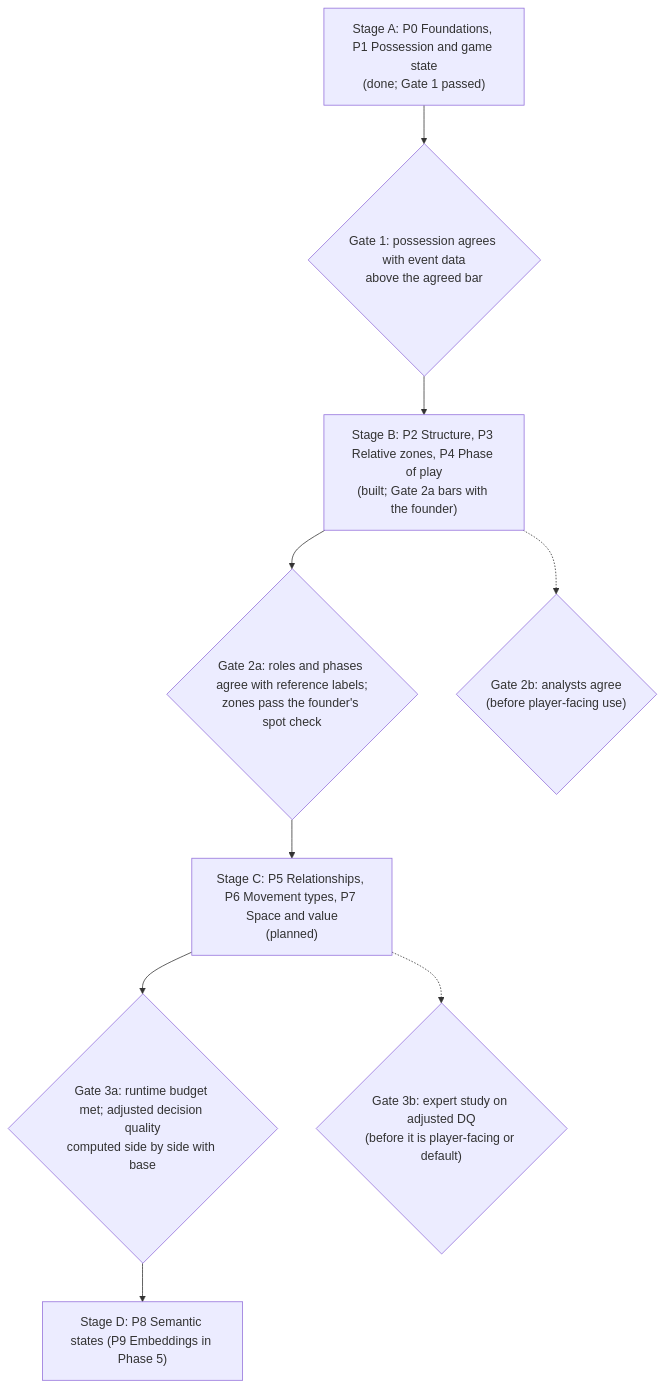
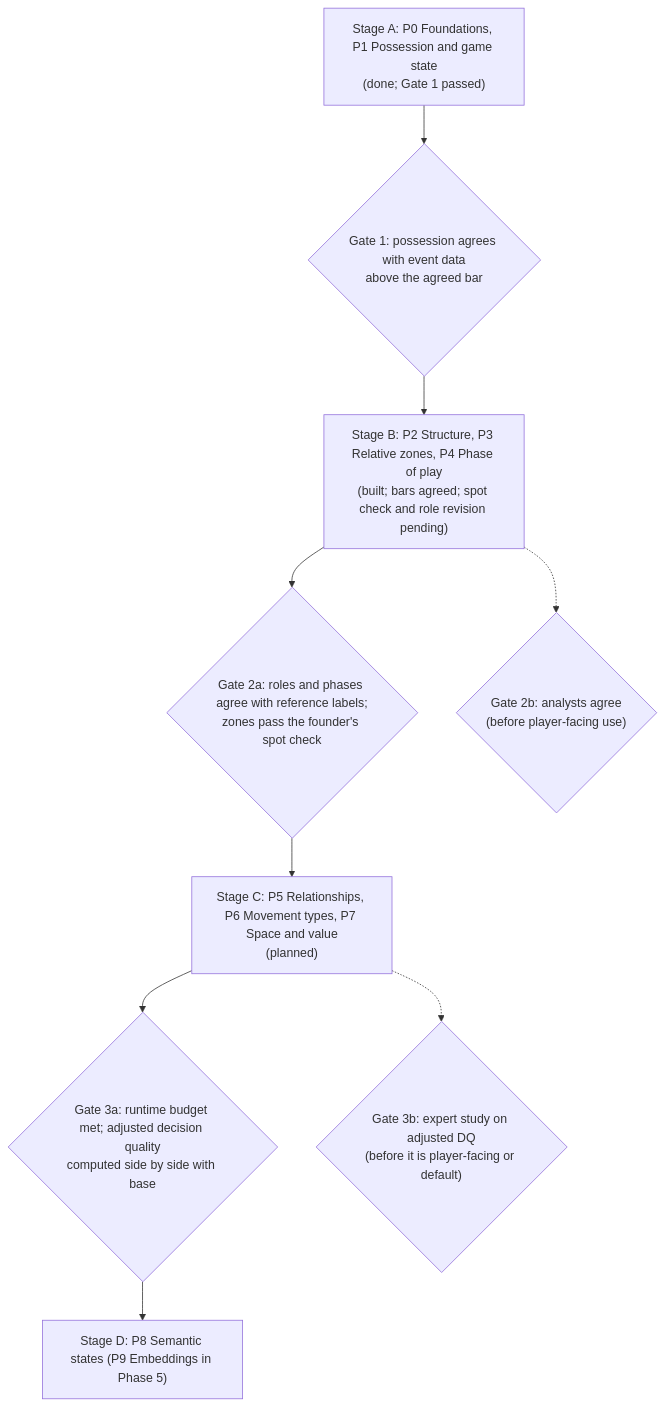
One commit to cgvgukapps/ponta-blueprint changed the diagram in ponta-blueprint/context-packages.md. Above: the diagram before and after it, drawn with Mermaid. The commit also changed other lines of this file and 5 other files, not shown here.

First line of the commit message:
Context Stage B: bars and thresholds agreed; 20-match results; Game 2 fixed

````diff
--- a/ponta-blueprint/context-packages.md
+++ b/ponta-blueprint/context-packages.md
@@ -76,13 +76,13 @@
 ```mermaid
 flowchart TB
   A["Stage A: P0 Foundations, P1 Possession and game state<br/>(done; Gate 1 passed)"]
   G1{"Gate 1: possession agrees with event data<br/>above the agreed bar"}
-  B["Stage B: P2 Structure, P3 Relative zones, P4 Phase of play<br/>(built; Gate 2a bars with the founder)"]
+  B["Stage B: P2 Structure, P3 Relative zones, P4 Phase of play<br/>(built; bars agreed; spot check and role revision pending)"]
   G2{"Gate 2a: roles and phases agree with reference labels;<br/>zones pass the founder's spot check"}
   C["Stage C: P5 Relationships, P6 Movement types, P7 Space and value<br/>(planned)"]
   G3{"Gate 3a: runtime budget met; adjusted decision quality<br/>computed side by side with base"}
   D["Stage D: P8 Semantic states (P9 Embeddings in Phase 5)"]
   A --> G1 --> B --> G2 --> C --> G3 --> D
   B -.-> G2b{"Gate 2b: analysts agree<br/>(before player-facing use)"}
   C -.-> G3b{"Gate 3b: expert study on adjusted DQ<br/>(before it is player-facing or default)"}
 ```
````
